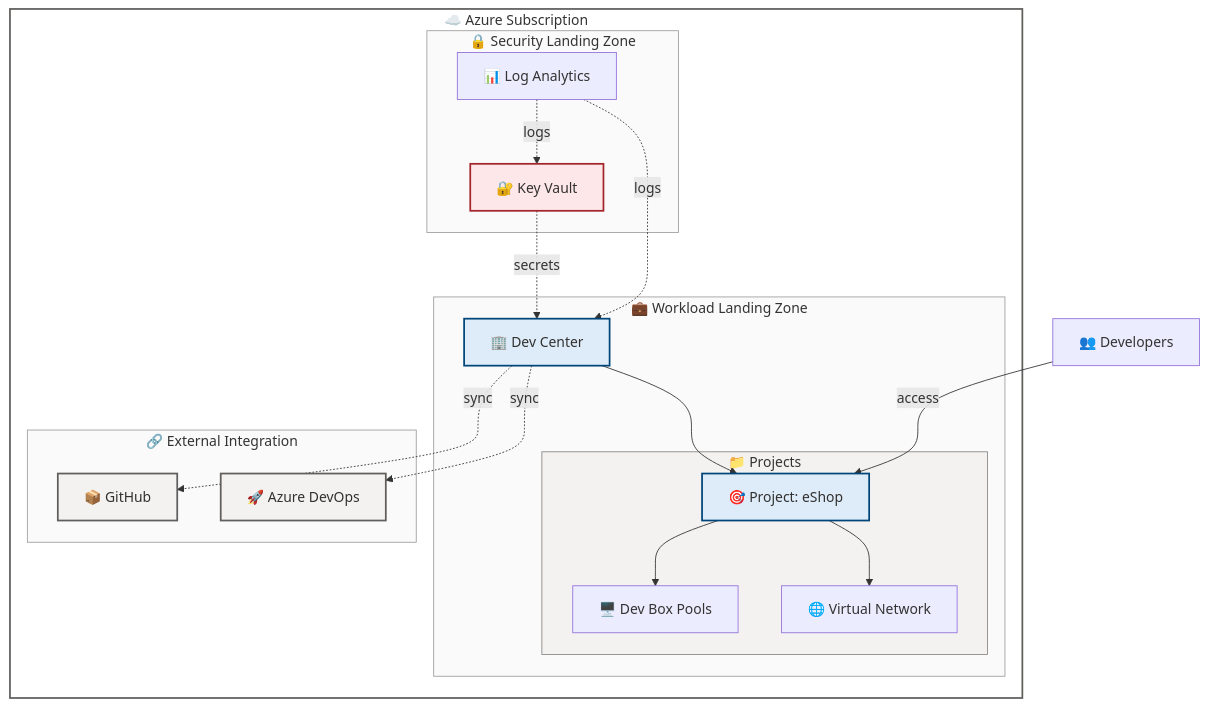
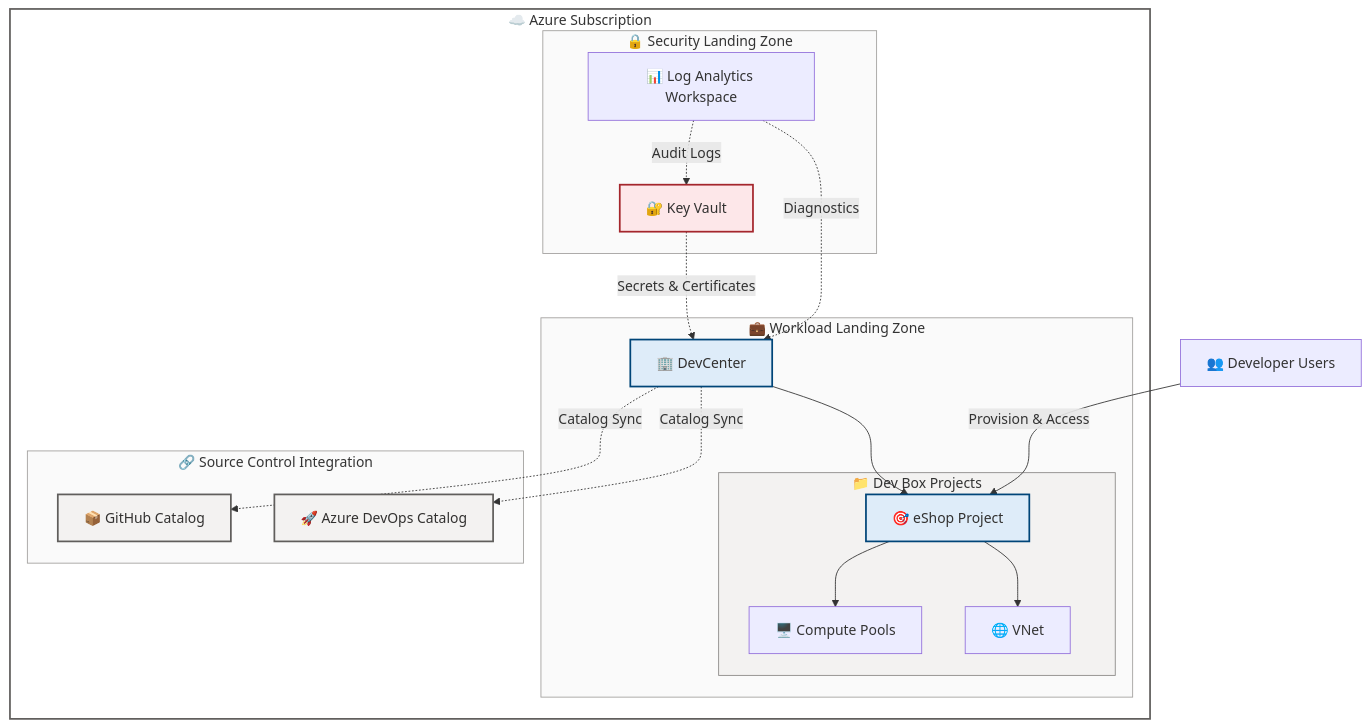
Before and after one commit to Evilazaro/DevExp-DevBox: the diagram in README.md, drawn with Mermaid.

Commit message:
fix: update architecture diagram for clarity and consistency in terminology and labels

````diff
--- a/README.md
+++ b/README.md
@@ -43,66 +43,66 @@
 ```mermaid
 graph TB
     accTitle: Dev Box Architecture
     accDescr: Azure Dev Box infrastructure showing Security Landing Zone with Key Vault and Log Analytics, Workload Landing Zone with DevCenter and Projects, and External Integration with GitHub and Azure DevOps. WCAG AA compliant with 4.5:1 contrast ratios.
 
     %% ═══════════════════════════════════════════════════════════════════════════
     %% AZURE / FLUENT ARCHITECTURE PATTERN v1.1
     %% (Semantic + Structural + Font + Accessibility Governance)
     %% ═══════════════════════════════════════════════════════════════════════════
     %% PHASE 1 - STRUCTURAL: TB direction explicit, neutral containers, nesting = 3 levels
     %% PHASE 2 - SEMANTIC: 3 semantic classes with architectural justification:
     %%   Security nodes (orange) = access control components (Key Vault, secrets)
     %%   Core workload nodes (blue) = primary infrastructure (DevCenter, Projects)
     %%   External nodes (neutral grey) = third-party integrations (GitHub, Azure DevOps)
     %% PHASE 3 - FONT: Dark text #323130 on light backgrounds (WCAG AA 4.5:1 contrast)
     %% PHASE 4 - ACCESSIBILITY: accTitle/accDescr present, all nodes have emoji icons
     %% PHASE 5 - STANDARD: Neutral-first containers, semantic colors only on content nodes
     %% ═══════════════════════════════════════════════════════════════════════════
 
     subgraph AZSUB["☁️ Azure Subscription"]
         subgraph SECLZ["🔒 Security Landing Zone"]
             KV["🔐 Key Vault"]:::security
-            LA["📊 Log Analytics"]
+            LA["📊 Log Analytics Workspace"]
         end
 
         subgraph WKLZ["💼 Workload Landing Zone"]
-            DC["🏢 Dev Center"]:::core
+            DC["🏢 DevCenter"]:::core
 
-            subgraph PROJ["📁 Projects"]
-                P1["🎯 Project: eShop"]:::core
-                POOL1["🖥️ Dev Box Pools"]
-                NET1["🌐 Virtual Network"]
+            subgraph PROJ["📁 Dev Box Projects"]
+                P1["🎯 eShop Project"]:::core
+                POOL1["🖥️ Compute Pools"]
+                NET1["🌐 VNet"]
                 P1 --> POOL1
                 P1 --> NET1
             end
 
             DC --> P1
         end
 
-        KV -.->|secrets| DC
-        LA -.->|logs| DC
-        LA -.->|logs| KV
+        KV -.->|Secrets & Certificates| DC
+        LA -.->|Diagnostics| DC
+        LA -.->|Audit Logs| KV
 
-        subgraph EXTINT["🔗 External Integration"]
-            GH["📦 GitHub"]:::external
-            ADO["🚀 Azure DevOps"]:::external
+        subgraph EXTINT["🔗 Source Control Integration"]
+            GH["📦 GitHub Catalog"]:::external
+            ADO["🚀 Azure DevOps Catalog"]:::external
         end
 
-        DC -.->|sync| GH
-        DC -.->|sync| ADO
+        DC -.->|Catalog Sync| GH
+        DC -.->|Catalog Sync| ADO
     end
 
-    DEV["👥 Developers"] -->|access| P1
+    DEV["👥 Developer Users"] -->|Provision & Access| P1
 
     %% Centralized classDefs (3 semantic classes - reduced from 5)
     classDef security fill:#FDE7E9,stroke:#A4262C,stroke-width:2px,color:#323130
     classDef core fill:#DEECF9,stroke:#004578,stroke-width:2px,color:#323130
     classDef external fill:#F3F2F1,stroke:#605E5C,stroke-width:2px,color:#323130
 
     %% Subgraph styling (5 subgraphs = 5 neutral style directives)
     style AZSUB fill:#FFFFFF,stroke:#605E5C,stroke-width:2px
     style SECLZ fill:#FAFAFA,stroke:#A19F9D,stroke-width:1px
     style WKLZ fill:#FAFAFA,stroke:#A19F9D,stroke-width:1px
     style PROJ fill:#F3F2F1,stroke:#8A8886,stroke-width:1px
     style EXTINT fill:#FAFAFA,stroke:#A19F9D,stroke-width:1px
 ```
````
